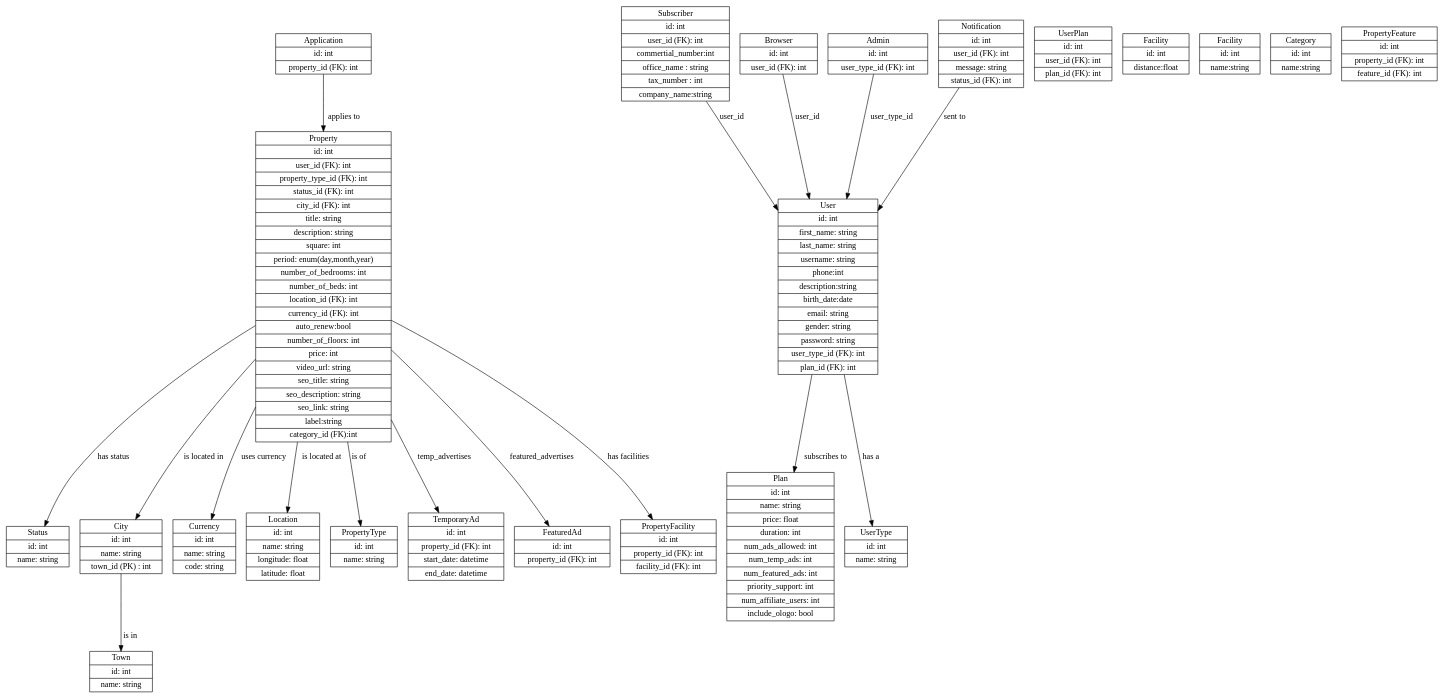
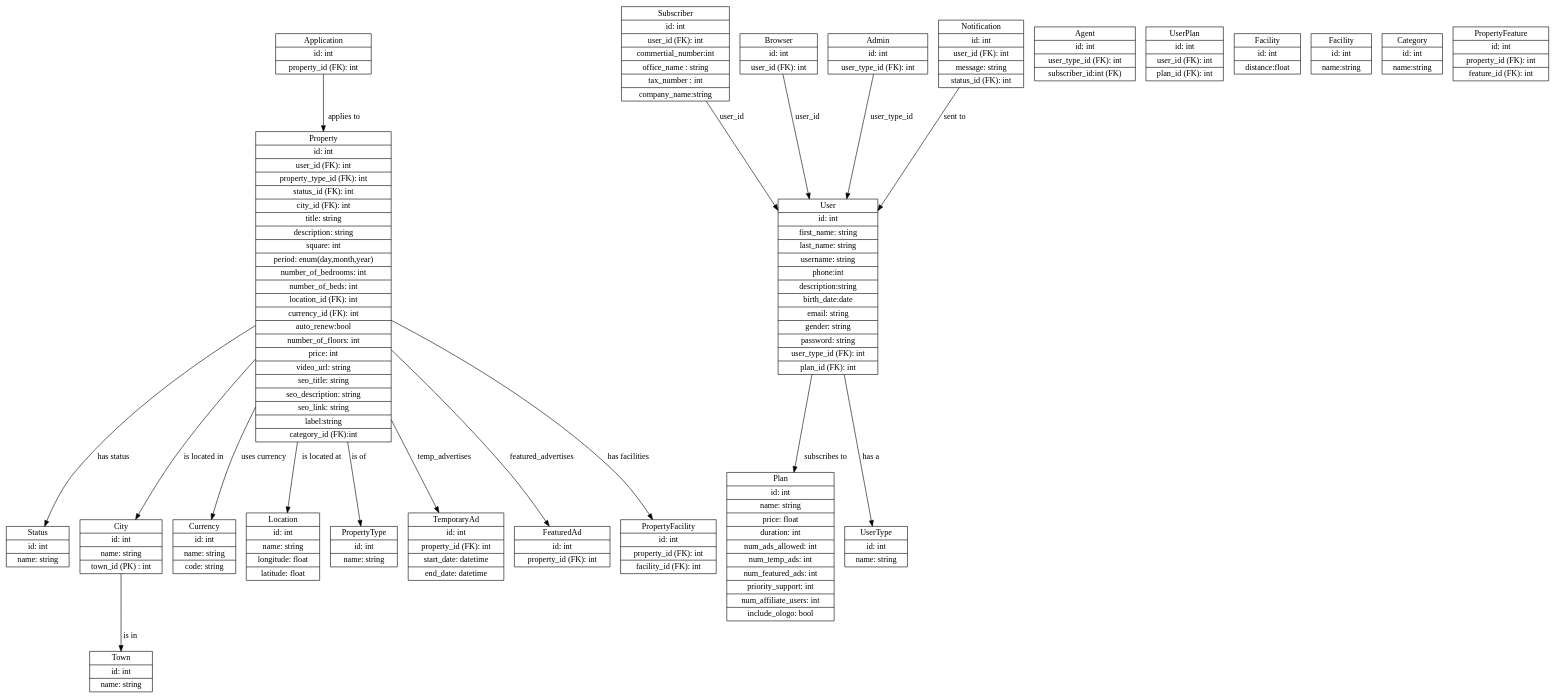
Before and after one commit to munthir100/real-estate-application: the diagram in schema.dot, drawn with Graphviz. The commit also changed 38 other files, not shown here.

```diff
--- a/schema.dot
+++ b/schema.dot
@@ -1,89 +1,90 @@
 digraph UML_Diagram {
     node [shape = record;];
     Status [label = "{Status | id: int | name: string}";];
     
     // Town
     Town [label = "{Town | id: int | name: string}";];
     
     // City
     City [label = "{City | id: int | name: string | town_id (PK) : int}";];
     
     // Currency
     Currency [label = "{Currency | id: int | name: string | code: string}";];
     
     // Subscription Plan
     Plan [label = "{Plan | id: int | name: string | price: float | duration: int | num_ads_allowed: int | num_temp_ads: int | num_featured_ads: int | priority_support: int | num_affiliate_users: int | include_ologo: bool}";];
     
     // Location
     Location [label = "{Location | id: int | name: string | longitude: float | latitude: float}";];
     
     // User Types
     UserType [label = "{UserType | id: int | name: string}";];
     
     // subscriber - browser
     User [label = "{User | id: int | first_name: string |last_name: string |username: string|phone:int|description:string|birth_date:date| email: string| gender: string | password: string | user_type_id (FK): int | plan_id (FK): int}";];
     // gender is enum male or female
     Subscriber [label = "{Subscriber | id: int | user_id (FK): int | commertial_number:int | office_name : string | tax_number : int|company_name:string }";];
     Browser [label = "{Browser | id: int | user_id (FK): int}";];
     Admin [label = "{Admin | id: int | user_type_id (FK): int}";];
+    Agent [label = "{Agent | id: int | user_type_id (FK): int | subscriber_id:int (FK)}";];
     
     // Property Advertisement
     PropertyType [label = "{PropertyType | id: int | name: string}";];
     
     // User Plan
     UserPlan [label = "{UserPlan | id: int | user_id (FK): int | plan_id (FK): int}";];
     
     // Purchase - rent - investment
     Property [label = "{Property | id: int | user_id (FK): int | property_type_id (FK): int | status_id (FK): int | city_id (FK): int | title: string | description: string| square: int | period: enum(day,month,year) | number_of_bedrooms: int | number_of_beds: int | location_id (FK): int | currency_id (FK): int |auto_renew:bool| number_of_floors: int | price: int | video_url: string | seo_title: string | seo_description: string | seo_link: string|label:string|category_id (FK):int}";];
     
     TemporaryAd [label = "{TemporaryAd | id: int | property_id (FK): int | start_date: datetime | end_date: datetime}";];
     FeaturedAd [label = "{FeaturedAd | id: int | property_id (FK): int}";];
     
     // Real Estate Applications
     Application [label = "{Application | id: int | property_id (FK): int}";];
     
     // Facility
     Facility [label = "{Facility | id: int | distance:float}";];
     
     // Facility
     Feature [label = "{Facility | id: int | name:string}";];
     
     
     // Facility
     Category [label = "{Category | id: int | name:string}";];
     
     // PropertyFacility
     PropertyFacility [label = "{PropertyFacility | id: int | property_id (FK): int | facility_id (FK): int}";];
     
     // PropertyFeature
     PropertyFeature [label = "{PropertyFeature | id: int | property_id (FK): int | feature_id (FK): int}";];
     
     // Notification
     Notification [label = "{Notification | id: int | user_id (FK): int | message: string | status_id (FK): int}";];
     
     // User Relationships
     User -> UserType [label = "has a";];
     User -> Plan [label = "subscribes to";];
     Subscriber -> User [label = "user_id";];
     Browser -> User [label = "user_id";];
     Admin -> User [label = "user_type_id";];
     
     // Property Relationships
     Property -> PropertyType [label = "is of";];
     Property -> Status [label = "has status";];
     Property -> TemporaryAd [label = "temp_advertises";];
     Property -> FeaturedAd [label = "featured_advertises";];
     Property -> PropertyFacility [label = "has facilities";];
     
     // Real Estate Applications Relationships
     Application -> Property [label = "applies to";];
     Property -> Location [label = "is located at";];
     Property -> Currency [label = "uses currency";];
     
     // City Relationships
     City -> Town [label = "is in";];
     Property -> City [label = "is located in";];
     
     // Notification Relationships
     Notification -> User [label = "sent to";];
 }
```
